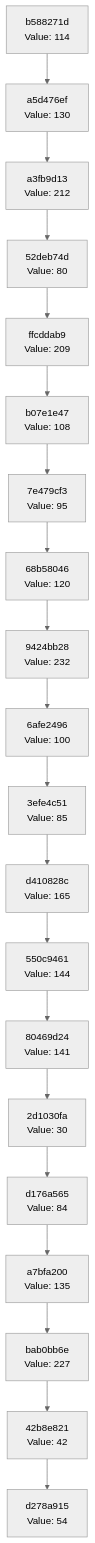
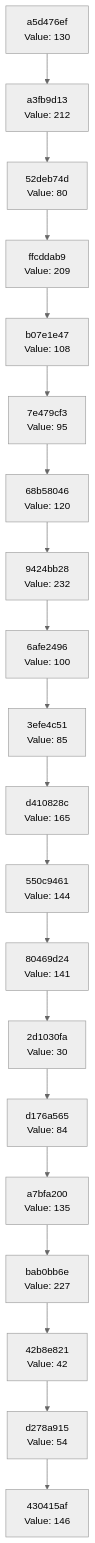
The diagram in docs/CHAIN_VISUALIZATION.md (Abhisheksinha1506/hash-chain-evolver), drawn with Mermaid (neutral theme) before and after one commit. The commit also changed 2 other files, not shown here.

Commit message:
Evolution Step

````diff
--- a/docs/CHAIN_VISUALIZATION.md
+++ b/docs/CHAIN_VISUALIZATION.md
@@ -3,42 +3,42 @@
 ```mermaid
 graph TD
-    C0["d278a915<br/>Value: 54"]
-    C1["42b8e821<br/>Value: 42"]
+    C0["430415af<br/>Value: 146"]
+    C1["d278a915<br/>Value: 54"]
     C1 --> C0
-    C2["bab0bb6e<br/>Value: 227"]
+    C2["42b8e821<br/>Value: 42"]
     C2 --> C1
-    C3["a7bfa200<br/>Value: 135"]
+    C3["bab0bb6e<br/>Value: 227"]
     C3 --> C2
-    C4["d176a565<br/>Value: 84"]
+    C4["a7bfa200<br/>Value: 135"]
     C4 --> C3
-    C5["2d1030fa<br/>Value: 30"]
+    C5["d176a565<br/>Value: 84"]
     C5 --> C4
-    C6["80469d24<br/>Value: 141"]
+    C6["2d1030fa<br/>Value: 30"]
     C6 --> C5
-    C7["550c9461<br/>Value: 144"]
+    C7["80469d24<br/>Value: 141"]
     C7 --> C6
-    C8["d410828c<br/>Value: 165"]
+    C8["550c9461<br/>Value: 144"]
     C8 --> C7
-    C9["3efe4c51<br/>Value: 85"]
+    C9["d410828c<br/>Value: 165"]
     C9 --> C8
-    C10["6afe2496<br/>Value: 100"]
+    C10["3efe4c51<br/>Value: 85"]
     C10 --> C9
-    C11["9424bb28<br/>Value: 232"]
+    C11["6afe2496<br/>Value: 100"]
     C11 --> C10
-    C12["68b58046<br/>Value: 120"]
+    C12["9424bb28<br/>Value: 232"]
     C12 --> C11
-    C13["7e479cf3<br/>Value: 95"]
+    C13["68b58046<br/>Value: 120"]
     C13 --> C12
-    C14["b07e1e47<br/>Value: 108"]
+    C14["7e479cf3<br/>Value: 95"]
     C14 --> C13
-    C15["ffcddab9<br/>Value: 209"]
+    C15["b07e1e47<br/>Value: 108"]
     C15 --> C14
-    C16["52deb74d<br/>Value: 80"]
+    C16["ffcddab9<br/>Value: 209"]
     C16 --> C15
-    C17["a3fb9d13<br/>Value: 212"]
+    C17["52deb74d<br/>Value: 80"]
     C17 --> C16
-    C18["a5d476ef<br/>Value: 130"]
+    C18["a3fb9d13<br/>Value: 212"]
     C18 --> C17
-    C19["b588271d<br/>Value: 114"]
+    C19["a5d476ef<br/>Value: 130"]
     C19 --> C18
 ```
````
